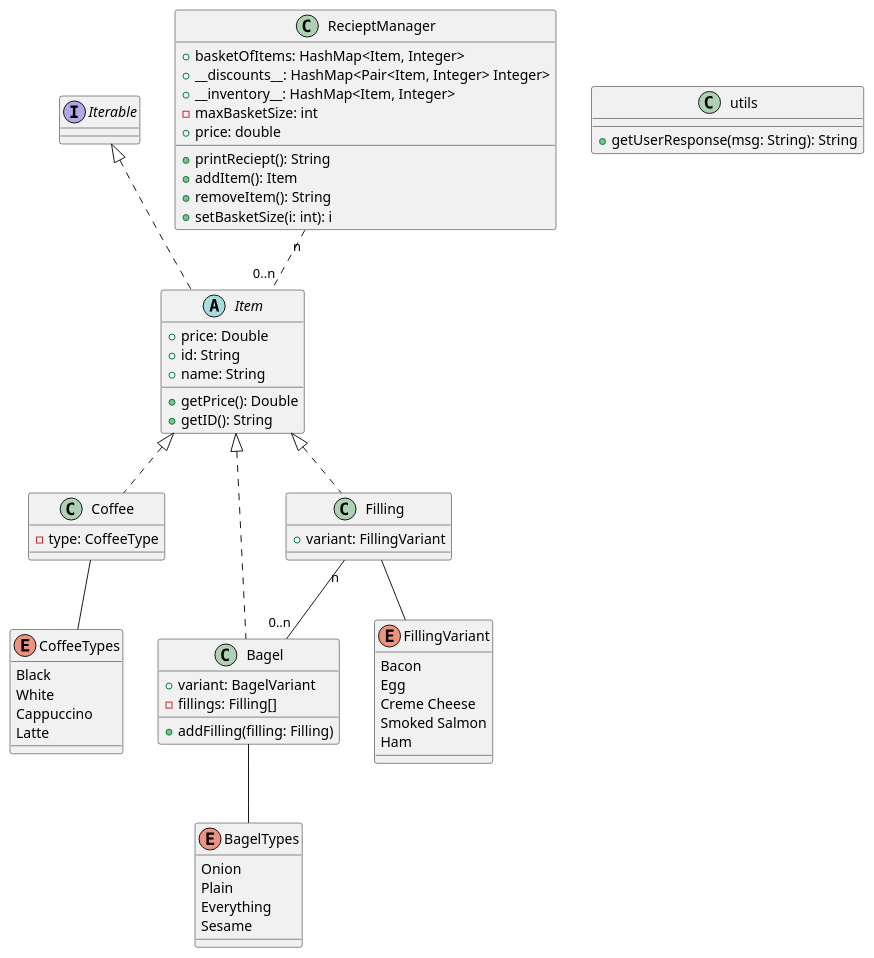
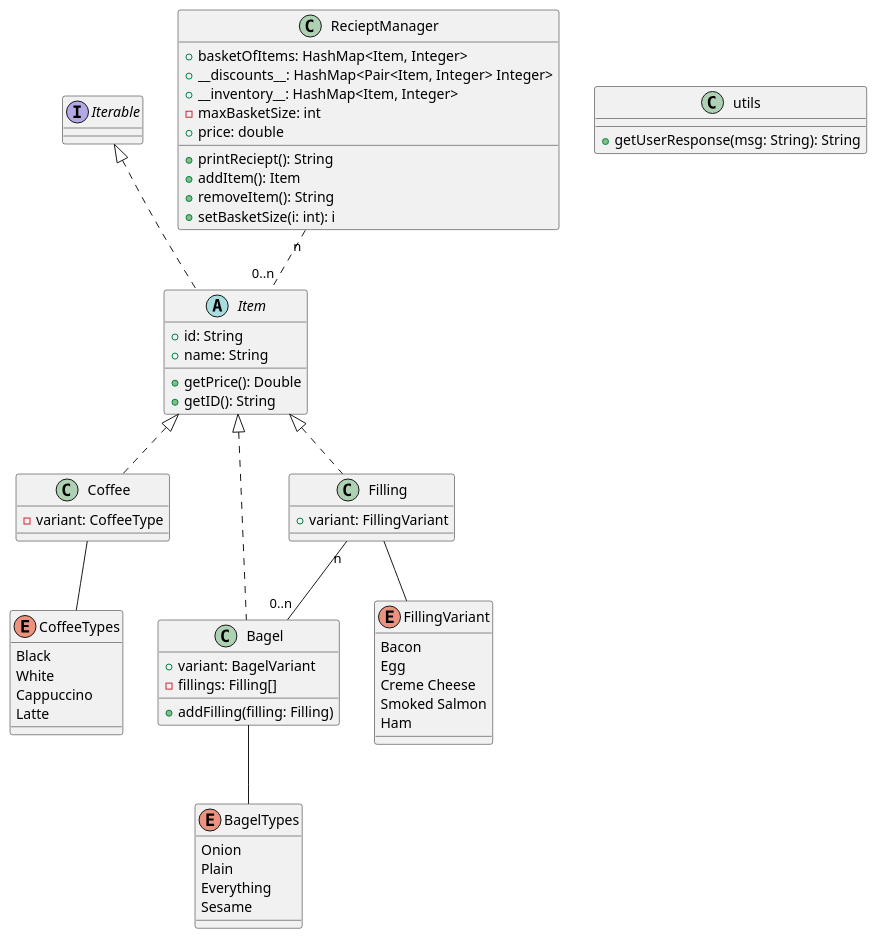
Before and after one commit to boolean-uk/java-tdd-oop-bobs-bagels: the diagram in ClassDiagram.puml, drawn with PlantUML. The commit also changed 4 other files, not shown here.

```diff
--- a/ClassDiagram.puml
+++ b/ClassDiagram.puml
@@ -1,79 +1,78 @@
 @startuml
 Abstract class Item implements Iterable{
-    + price: Double
     + id: String
     + name: String
     + getPrice(): Double
     + getID(): String
 }
 
 class Bagel implements Item{
     + variant: BagelVariant
     - fillings: Filling[]
     + addFilling(filling: Filling)
     ' display cost of filling before adding
     ' should confirm with customer before adding filling
 }
 
 enum BagelTypes{
     Onion
     Plain
     Everything
     Sesame
 }
 Bagel -- BagelTypes
 
 
 class Coffee implements Item{
-    - type: CoffeeType
+    - variant: CoffeeType
 }
 enum CoffeeTypes {
     Black
     White
     Cappuccino
     Latte
 }
 
 Coffee -- CoffeeTypes
 
 class Filling implements Item{
     + variant: FillingVariant
 }
-enum FillingVariant{
+enum FillingVariant {
     Bacon
     Egg
     Creme Cheese
     Smoked Salmon
     Ham
 }
 
 Filling -- FillingVariant
 Filling "n" -- "0..n" Bagel
 
 class RecieptManager {
     + basketOfItems: HashMap<Item, Integer>
     + __discounts__: HashMap<Pair<Item, Integer> Integer>
     ' HashMap<Item, Quantity of Items> new Price>
     + __inventory__: HashMap<Item, Integer>
     - maxBasketSize: int
     + price: double
     + printReciept(): String
         ' should print discount
     + addItem(): Item
     'addBagel should give user feedback when adding to full basket
     'should confirm with customer before adding to basket
     + removeItem(): String
     'should give user feedback when attempting to remove an item that doesn't exist.
     + setBasketSize(i: int): i
 
 }
 
 RecieptManager "n" .. "0..n" Item
 
 class utils {
     + getUserResponse(msg: String): String
 }
 
 
 
 @enduml
```
